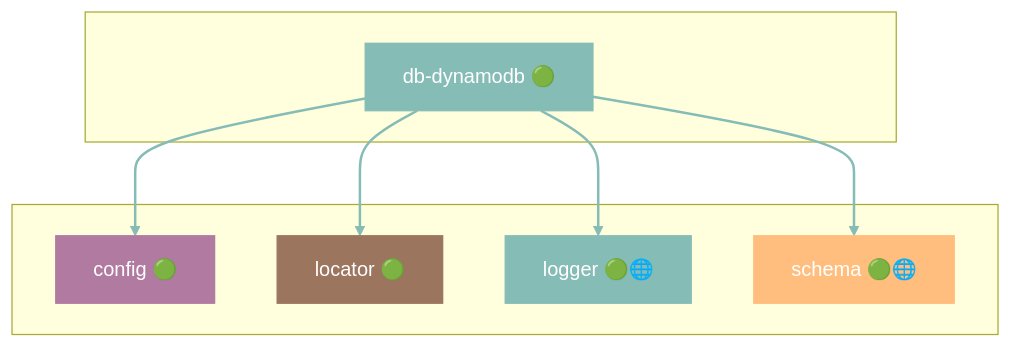
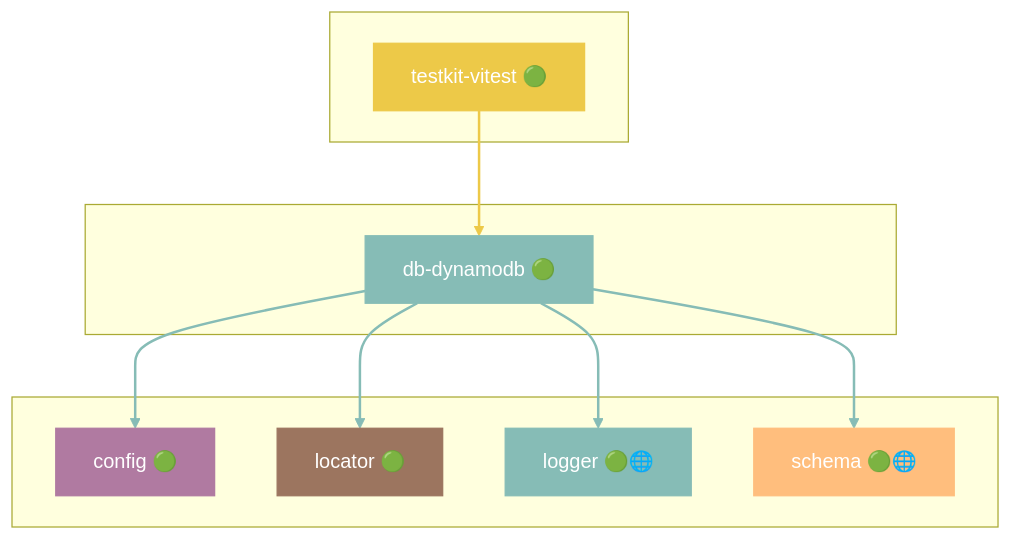
Diagram 12 of 46 in docs/DEPENDENCIES.md (grest-ts/grest-ts), drawn with Mermaid before and after one commit. The commit also changed other lines of this file and 6 other files, not shown here.

````diff
--- a/docs/DEPENDENCIES.md
+++ b/docs/DEPENDENCIES.md
@@ -767,25 +777,31 @@
 ```mermaid
 flowchart TB
+    subgraph Dependents[" "]
+        testkit-vitest["testkit-vitest 🟢"]
+    end
     subgraph Package[" "]
         db-dynamodb["db-dynamodb 🟢"]
     end
     subgraph Dependencies[" "]
         config["config 🟢"]
         locator["locator 🟢"]
         logger["logger 🟢🌐"]
         schema["schema 🟢🌐"]
     end
+    testkit-vitest --> db-dynamodb
     db-dynamodb --> config
     db-dynamodb --> locator
     db-dynamodb --> logger
     db-dynamodb --> schema
     style db-dynamodb fill:#86BCB6,stroke:#86BCB6,color:#fff
+    style testkit-vitest fill:#EDC948,stroke:#EDC948,color:#fff
     style config fill:#B07AA1,stroke:#B07AA1,color:#fff
     style locator fill:#9C755F,stroke:#9C755F,color:#fff
     style logger fill:#86BCB6,stroke:#86BCB6,color:#fff
     style schema fill:#FFBE7D,stroke:#FFBE7D,color:#fff
-    linkStyle 0 stroke:#86BCB6,stroke-width:2px
+    linkStyle 0 stroke:#EDC948,stroke-width:2px
     linkStyle 1 stroke:#86BCB6,stroke-width:2px
     linkStyle 2 stroke:#86BCB6,stroke-width:2px
     linkStyle 3 stroke:#86BCB6,stroke-width:2px
+    linkStyle 4 stroke:#86BCB6,stroke-width:2px
 ```
````
